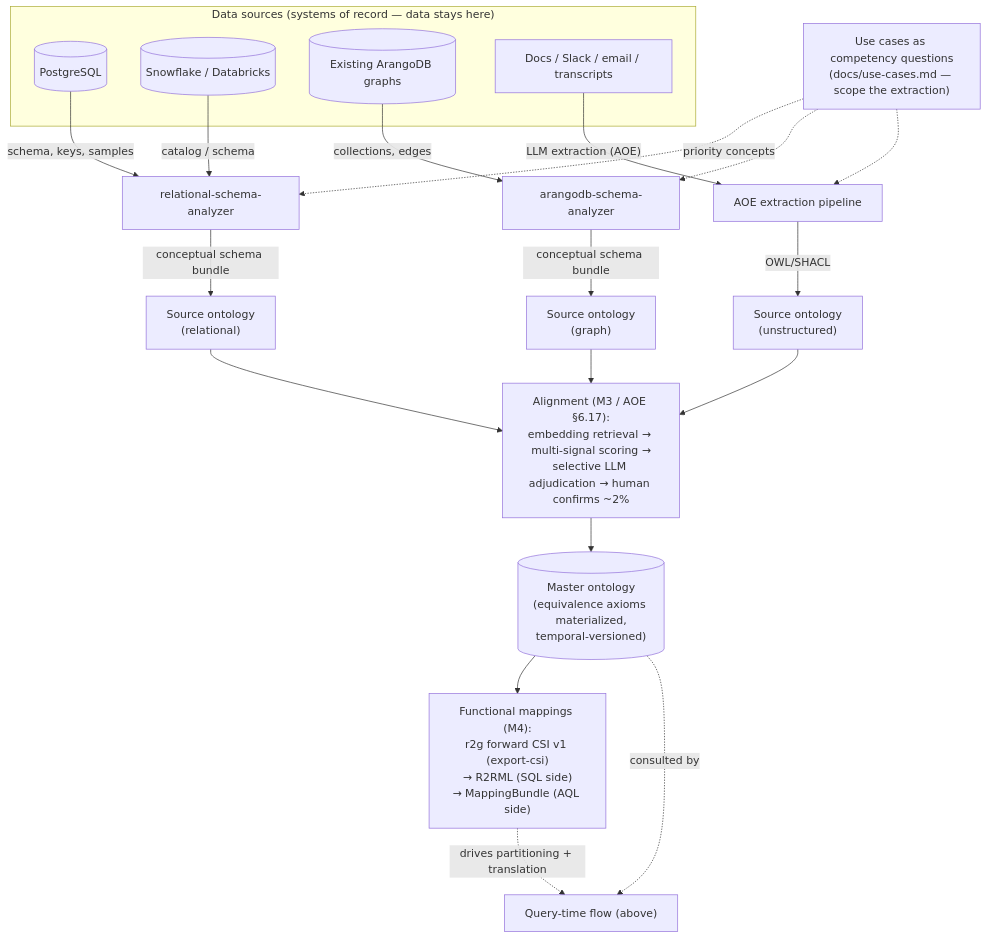
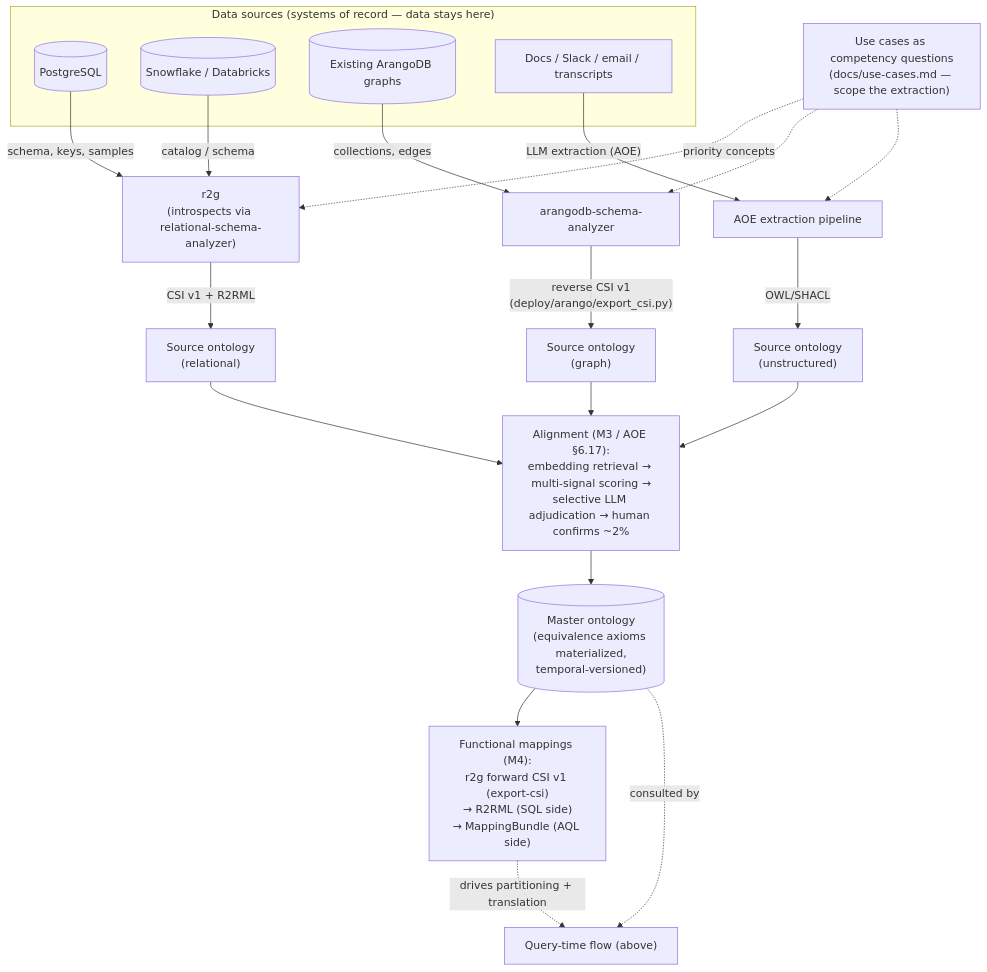
Before and after one commit to ArthurKeen/contextual-data-fabric: the second of 2 diagrams in README.md, drawn with Mermaid. The commit also changed other lines of this file and 10 other files, not shown here.

First line of the commit message:
docs: CC-9 pin table carries every block; producers, versions and pins as built (RSA 0.8.0, ASA 0.14.0, r2g 0.4.1, sparql-py by SHA) (#28)

````diff
--- a/README.md
+++ b/README.md
@@ -166,34 +166,34 @@
 ```mermaid
 flowchart TB
     subgraph SRC["Data sources (systems of record — data stays here)"]
         PG[("PostgreSQL")]
         SNOW[("Snowflake / Databricks")]
         AG[("Existing ArangoDB graphs")]
         DOCS["Docs / Slack / email / transcripts"]
     end
 
     CQ["Use cases as competency questions<br/>(docs/use-cases.md — scope the extraction)"]
 
-    PG -->|"schema, keys, samples"| RSA["relational-schema-analyzer"]
+    PG -->|"schema, keys, samples"| RSA["r2g<br/>(introspects via relational-schema-analyzer)"]
     SNOW -->|"catalog / schema"| RSA
     AG -->|"collections, edges"| ASA["arangodb-schema-analyzer"]
     DOCS -->|"LLM extraction (AOE)"| AOEX["AOE extraction pipeline"]
 
     CQ -.->|"priority concepts"| RSA
     CQ -.-> ASA
     CQ -.-> AOEX
 
-    RSA -->|"conceptual schema bundle"| O1["Source ontology<br/>(relational)"]
-    ASA -->|"conceptual schema bundle"| O2["Source ontology<br/>(graph)"]
+    RSA -->|"CSI v1 + R2RML"| O1["Source ontology<br/>(relational)"]
+    ASA -->|"reverse CSI v1<br/>(deploy/arango/export_csi.py)"| O2["Source ontology<br/>(graph)"]
     AOEX -->|"OWL/SHACL"| O3["Source ontology<br/>(unstructured)"]
 
     O1 --> AL
     O2 --> AL
     O3 --> AL["Alignment (M3 / AOE §6.17):<br/>embedding retrieval → multi-signal scoring →<br/>selective LLM adjudication → human confirms ~2%"]
 
     AL --> MO[("Master ontology<br/>(equivalence axioms materialized,<br/>temporal-versioned)")]
     MO --> MAP["Functional mappings (M4):<br/>r2g forward CSI v1 (export-csi)<br/>→ R2RML (SQL side)<br/>→ MappingBundle (AQL side)"]
 
     MO -.->|"consulted by"| QT["Query-time flow (above)"]
     MAP -.->|"drives partitioning + translation"| QT
 ```
````
